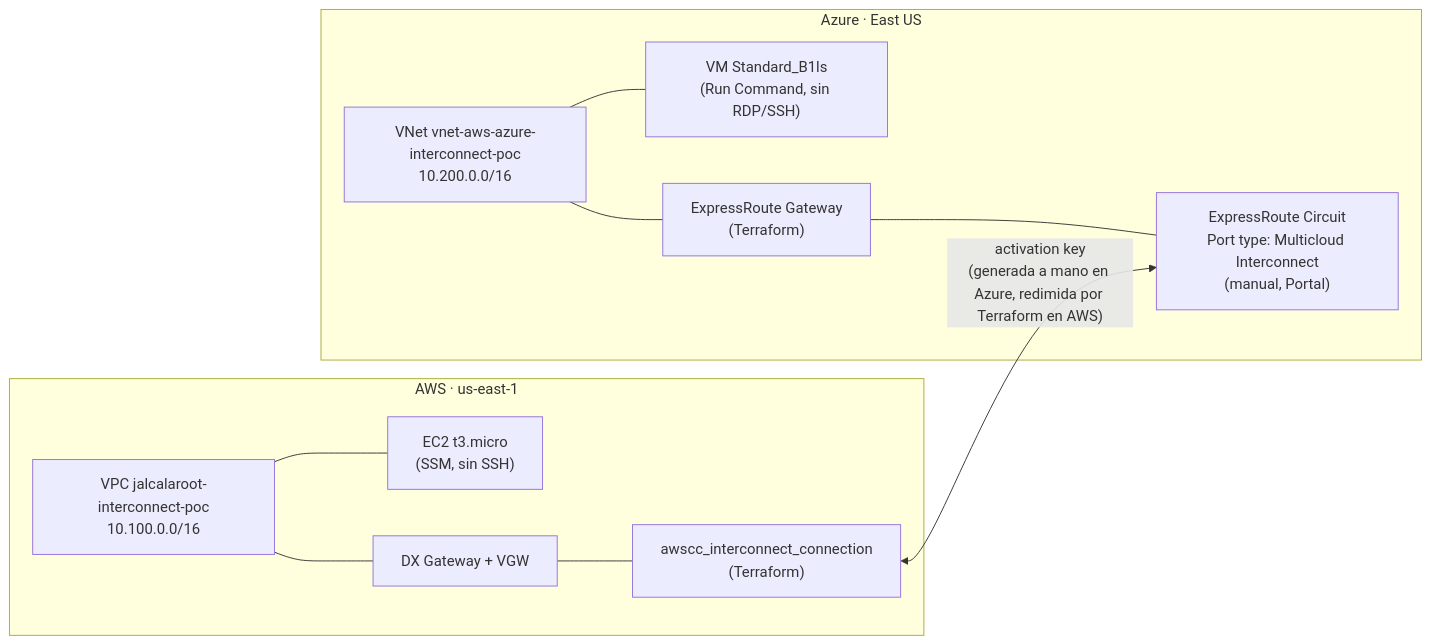
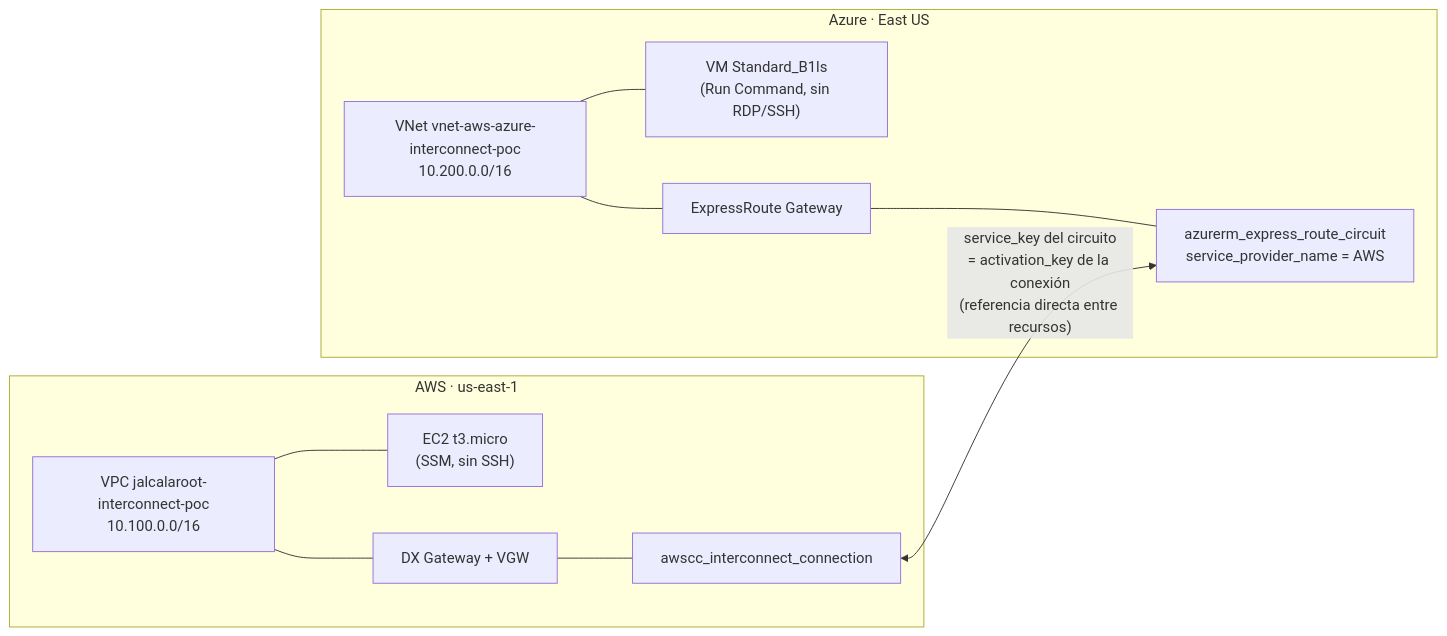
The diagram in README.md (jalcalaroot/aws-azure-interconnect), drawn with Mermaid before and after one commit. The commit also changed other lines of this file and 4 other files, not shown here.

````diff
--- a/README.md
+++ b/README.md
@@ -9,22 +9,22 @@
 ```mermaid
 flowchart LR
     subgraph AWS["AWS · us-east-1"]
         vpc["VPC jalcalaroot-interconnect-poc\n10.100.0.0/16"]
         ec2["EC2 t3.micro\n(SSM, sin SSH)"]
         dxgw["DX Gateway + VGW"]
-        conn["awscc_interconnect_connection\n(Terraform)"]
+        conn["awscc_interconnect_connection"]
         vpc --- ec2
         vpc --- dxgw --- conn
     end
 
     subgraph Azure["Azure · East US"]
         vnet["VNet vnet-aws-azure-interconnect-poc\n10.200.0.0/16"]
         vm["VM Standard_B1ls\n(Run Command, sin RDP/SSH)"]
-        ergw["ExpressRoute Gateway\n(Terraform)"]
-        circuit["ExpressRoute Circuit\nPort type: Multicloud Interconnect\n(manual, Portal)"]
+        ergw["ExpressRoute Gateway"]
+        circuit["azurerm_express_route_circuit\nservice_provider_name = AWS"]
         vnet --- vm
         vnet --- ergw --- circuit
     end
 
-    conn <-->|"activation key\n(generada a mano en Azure, redimida por Terraform en AWS)"| circuit
+    conn <-->|"service_key del circuito\n= activation_key de la conexión\n(referencia directa entre recursos)"| circuit
 ```
````
